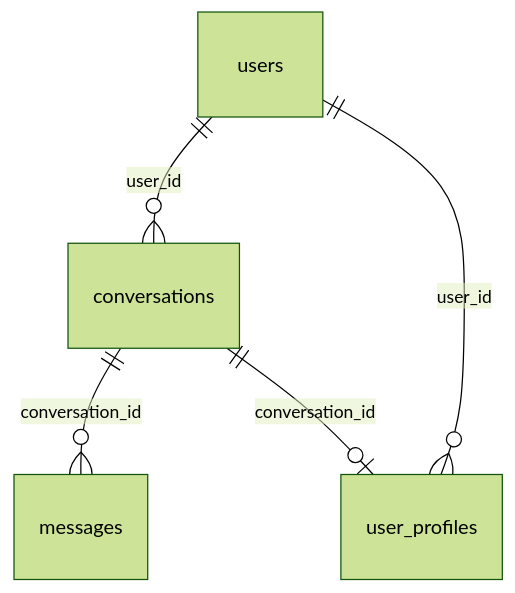
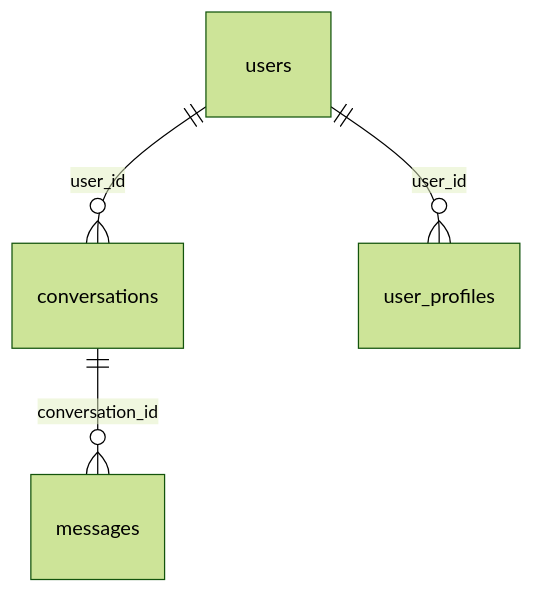
One commit to PrachiKarade/contentalchemy changed the diagram in docs/deployment-guide.md. Above: the diagram before and after it, drawn with Mermaid (forest theme).

Commit message:
Fix diagram relationship in deployment guide

````diff
--- a/docs/deployment-guide.md
+++ b/docs/deployment-guide.md
@@ -19,7 +19,7 @@
 ```mermaid
 erDiagram
     users ||--o{ conversations : "user_id"
     users ||--o{ user_profiles : "user_id"
     conversations ||--o{ messages : "conversation_id"
-    conversations ||--o| user_profiles : "conversation_id"
+   
 ```
````
